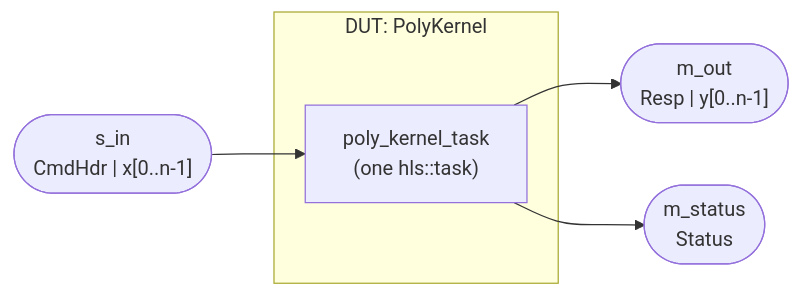
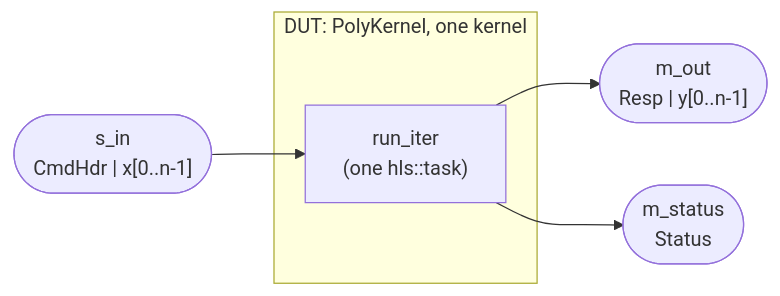
One commit to sdrangan/waveflow changed the diagram in docs/guide/systems/dut.md. Above: the diagram before and after it, drawn with Mermaid. The commit also changed other lines of this file and 6 other files, not shown here.

````diff
--- a/docs/guide/systems/dut.md
+++ b/docs/guide/systems/dut.md
@@ -41,9 +44,9 @@
 ```mermaid
 flowchart LR
   IN(["s_in<br/>CmdHdr | x[0..n-1]"]) --> T
-  subgraph DUT["DUT: PolyKernel"]
-    T["poly_kernel_task<br/>(one hls::task)"]
+  subgraph DUT["DUT: PolyKernel, one kernel"]
+    T["run_iter<br/>(one hls::task)"]
   end
   T --> OUT(["m_out<br/>Resp | y[0..n-1]"])
   T --> ST(["m_status<br/>Status"])
 ```
````
